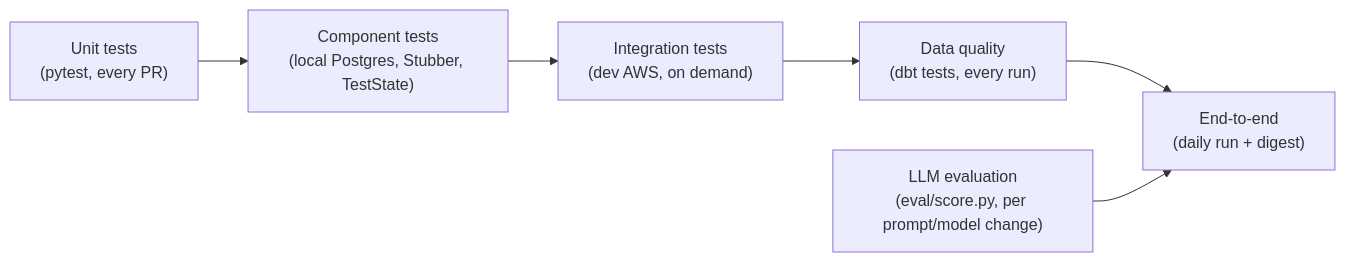
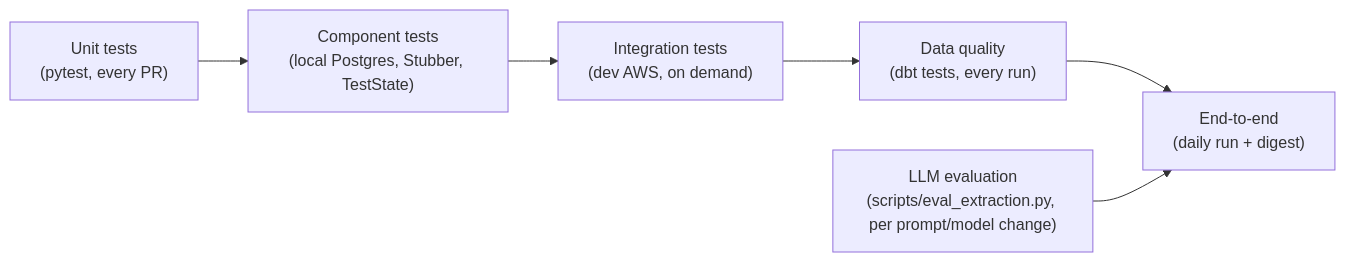
The diagram in docs/07-test-plan.md (saravanaprabhu1398-afk/stellenradar), drawn with Mermaid before and after one commit. The commit also changed other lines of this file and 17 other files, not shown here.

First line of the commit message:
Add extraction evaluation tooling and prompt v2

````diff
--- a/docs/07-test-plan.md
+++ b/docs/07-test-plan.md
@@ -20,8 +20,8 @@
 ```mermaid
 flowchart LR
     U["Unit tests<br/>(pytest, every PR)"] --> C["Component tests<br/>(local Postgres, Stubber, TestState)"]
     C --> I["Integration tests<br/>(dev AWS, on demand)"]
     I --> D["Data quality<br/>(dbt tests, every run)"]
     D --> E["End-to-end<br/>(daily run + digest)"]
-    L["LLM evaluation<br/>(eval/score.py, per prompt/model change)"] --> E
+    L["LLM evaluation<br/>(scripts/eval_extraction.py, per prompt/model change)"] --> E
 ```
````
